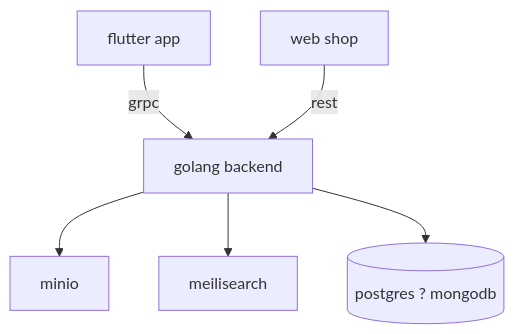
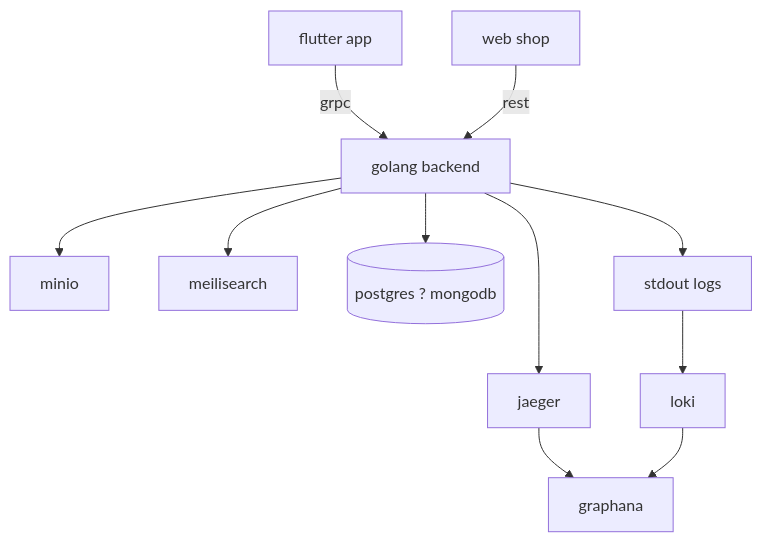
One commit to re-star-ru/ERP changed the diagram in backend/README.MD. Above: the diagram before and after it, drawn with Mermaid. The commit also changed other lines of this file and 9 other files, not shown here.

````diff
--- a/backend/README.MD
+++ b/backend/README.MD
@@ -3,9 +3,12 @@
 ```mermaid
 graph TD
   go[golang backend] --> s3[minio]
   go --> search[meilisearch]
   go --> db[(postgres ? mongodb)]
   
   frontend[flutter app]-- grpc -->go
   web[web shop]-- rest -->go
+ 
+  go --> telemetry[jaeger] --> graphana
+  go --> logs[stdout logs] --> loki --> graphana
 ```
````
